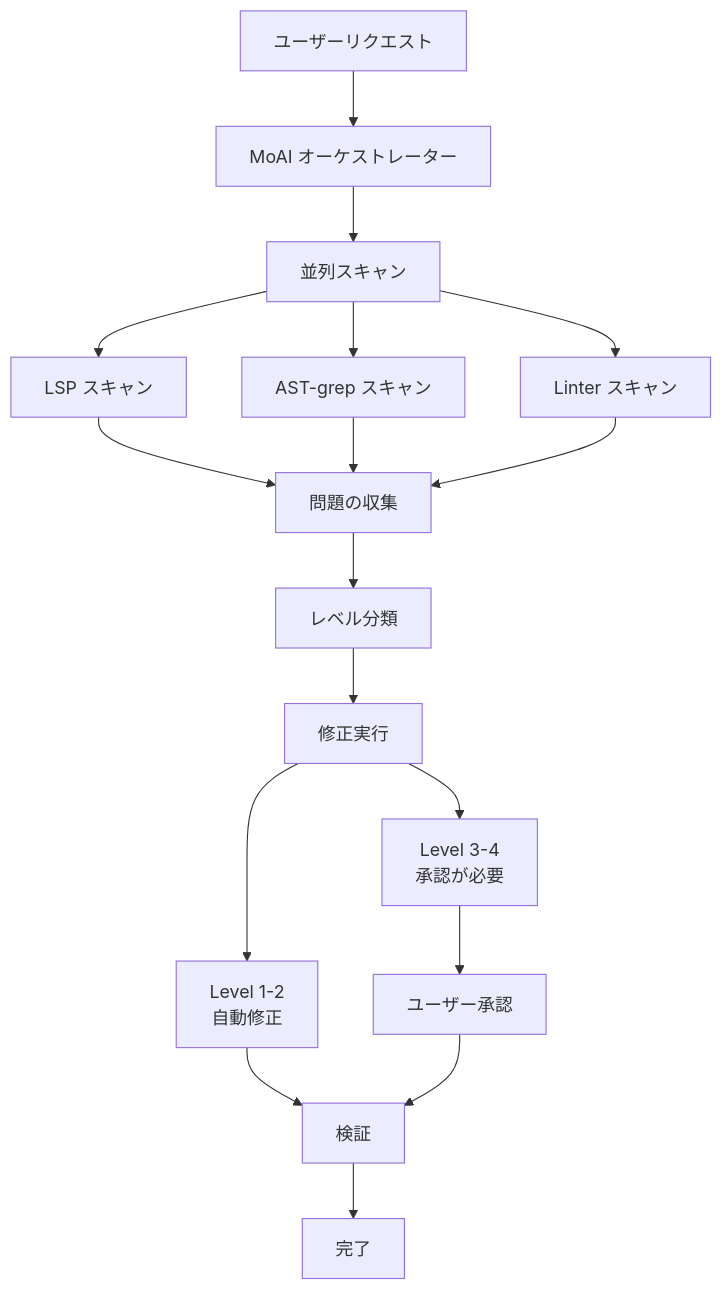
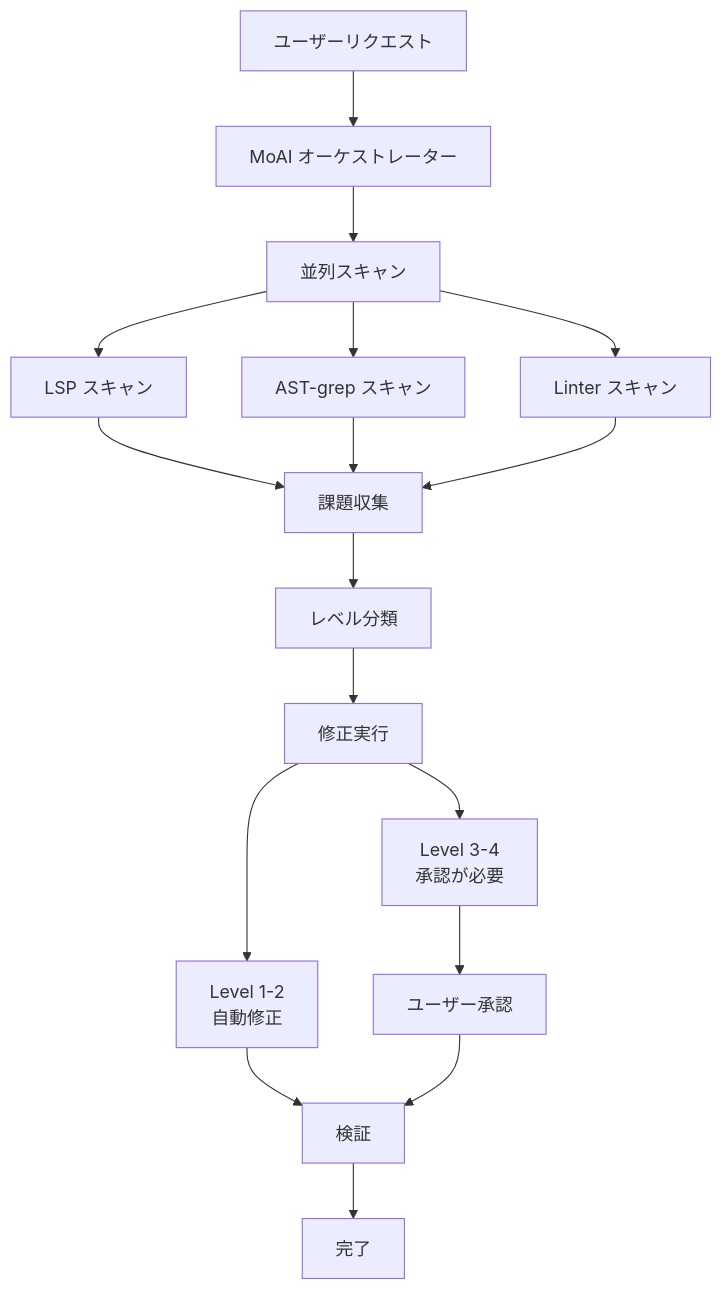
Before and after one commit to modu-ai/moai-adk: the third of 3 diagrams in docs-site/content/ja/utility-commands/moai-fix.md, drawn with Mermaid. The commit also changed other lines of this file and 180 other files, not shown here.

````diff
--- a/docs-site/content/ja/utility-commands/moai-fix.md
+++ b/docs-site/content/ja/utility-commands/moai-fix.md
@@ -242,25 +252,25 @@
 ```mermaid
 flowchart TD
     User["ユーザーリクエスト"] --> Orchestrator["MoAI オーケストレーター"]
     Orchestrator --> Parallel["並列スキャン"]
 
     Parallel --> LSP["LSP スキャン"]
     Parallel --> AST["AST-grep スキャン"]
     Parallel --> Linter["Linter スキャン"]
 
-    LSP --> Collect["問題の収集"]
+    LSP --> Collect["課題収集"]
     AST --> Collect
     Linter --> Collect
 
     Collect --> Classify["レベル分類"]
     Classify --> Fix["修正実行"]
 
     Fix --> Level12["Level 1-2<br/>自動修正"]
     Fix --> Level34["Level 3-4<br/>承認が必要"]
 
     Level12 --> Verify["検証"]
     Level34 --> UserApprove["ユーザー承認"]
     UserApprove --> Verify
 
     Verify --> Complete["完了"]
 ```
````
